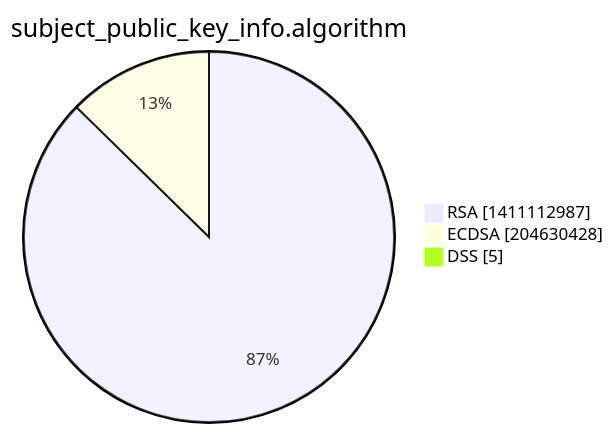
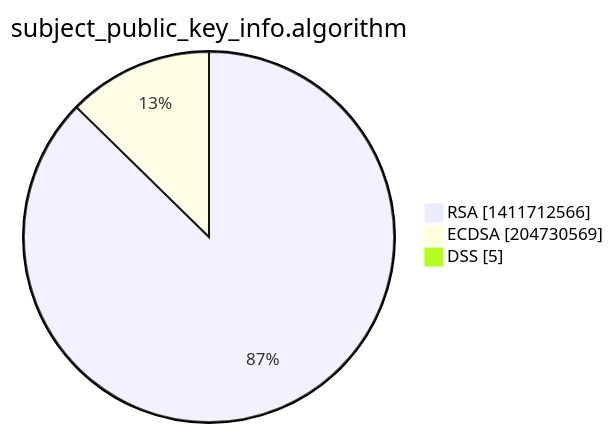
The third of 15 diagrams in xenon2022/README.md (christiankrug/ctmonitor_visualization), drawn with Mermaid before and after one commit. The commit also changed other lines of this file, not shown here.

````diff
--- a/xenon2022/README.md
+++ b/xenon2022/README.md
@@ -14,7 +14,7 @@
 ```mermaid
 pie showData
 title subject_public_key_info.algorithm
-"RSA" :1411112987
-"ECDSA" :204630428
+"RSA" :1411712566
+"ECDSA" :204730569
 "DSS" :5
 ```
````
